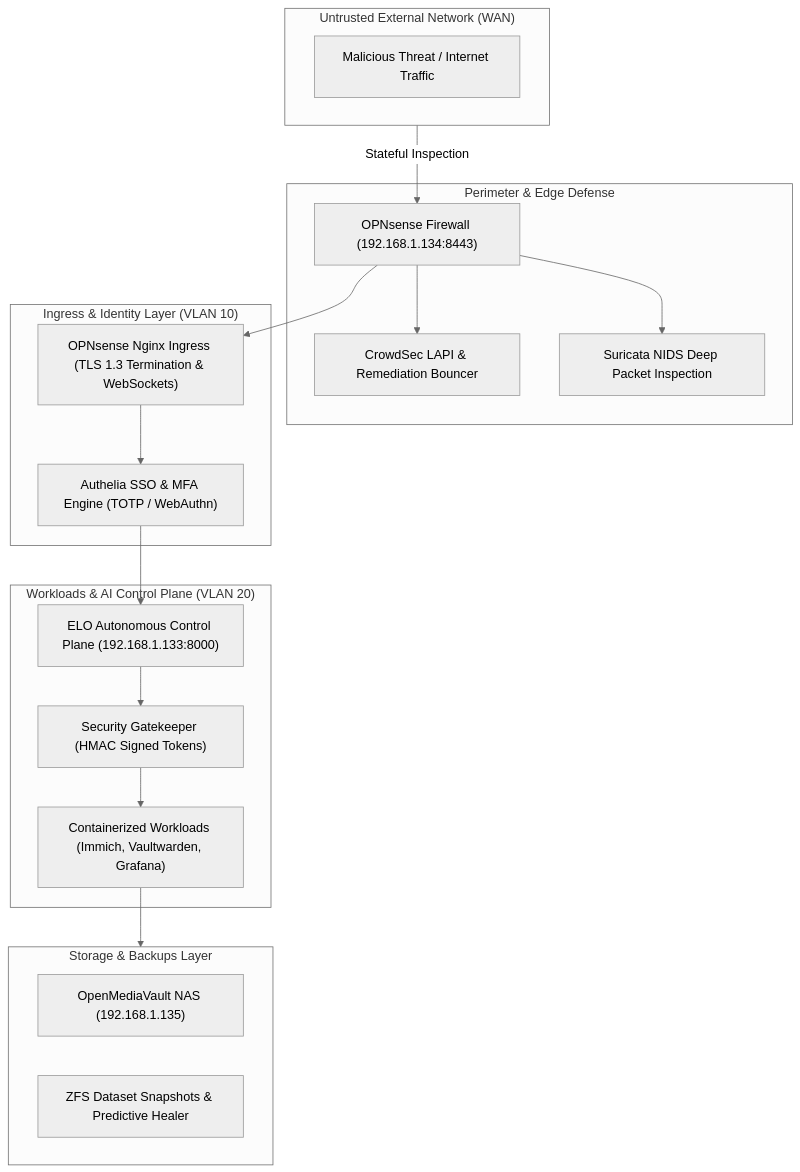
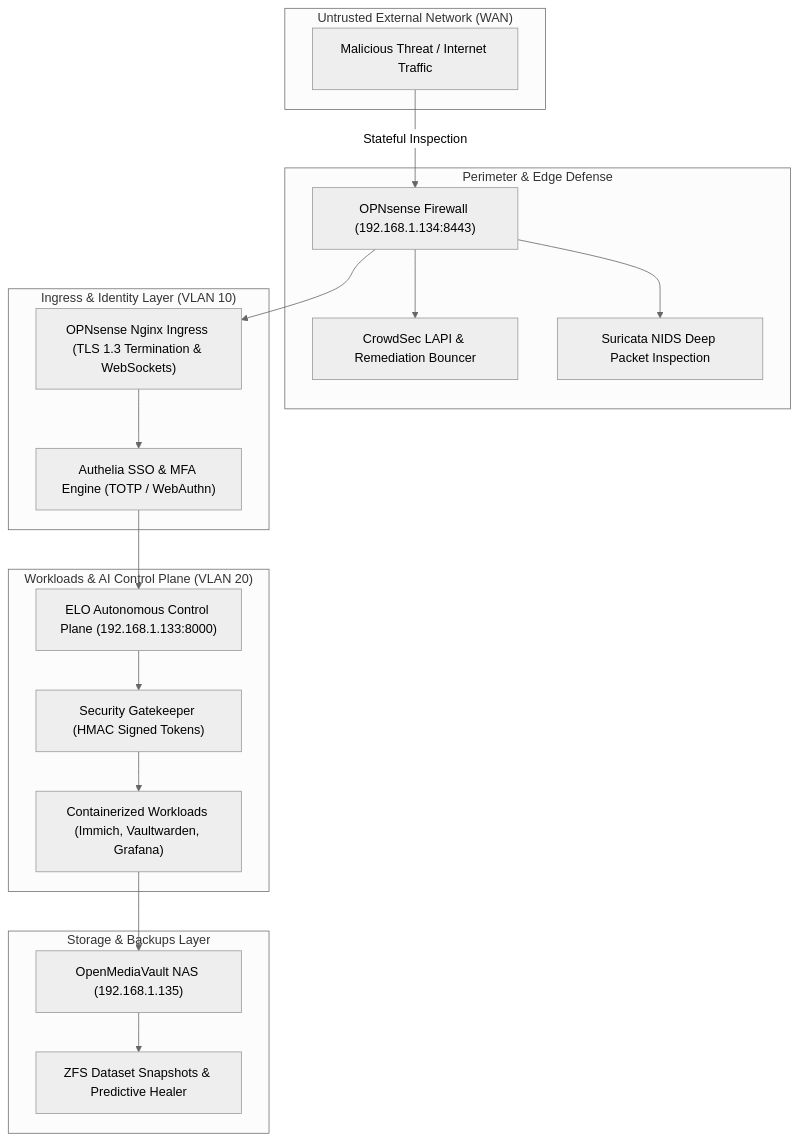
The first of 3 diagrams in SECURITY.md (stefanutc1/datacenter), drawn with Mermaid (neutral theme) before and after one commit. The commit also changed other lines of this file and 6 other files, not shown here.

First line of the commit message:
fix(docs): repair broken Mermaid diagram syntax across markdown files

````diff
--- a/SECURITY.md
+++ b/SECURITY.md
@@ -24,38 +24,39 @@
 ```mermaid
-graph TD
+flowchart TD
     subgraph WAN["Untrusted External Network (WAN)"]
         Attacker["Malicious Threat / Internet Traffic"]
     end
 
     subgraph EDGE["Perimeter & Edge Defense"]
         OPNsense["OPNsense Firewall (192.168.1.134:8443)"]
         CrowdSec["CrowdSec LAPI & Remediation Bouncer"]
         Suricata["Suricata NIDS Deep Packet Inspection"]
     end
 
     subgraph CORE["Ingress & Identity Layer (VLAN 10)"]
         NPM["OPNsense Nginx Ingress (TLS 1.3 Termination & WebSockets)"]
         Authelia["Authelia SSO & MFA Engine (TOTP / WebAuthn)"]
     end
 
     subgraph APP["Workloads & AI Control Plane (VLAN 20)"]
         ELO["ELO Autonomous Control Plane (192.168.1.133:8000)"]
         Gatekeeper["Security Gatekeeper (HMAC Signed Tokens)"]
         Services["Containerized Workloads (Immich, Vaultwarden, Grafana)"]
     end
 
     subgraph STORAGE["Storage & Backups Layer"]
         OMV["OpenMediaVault NAS (192.168.1.135)"]
         ZFS["ZFS Dataset Snapshots & Predictive Healer"]
     end
 
-    WAN -->|"Stateful Inspection"| OPNsense
+    Attacker -->|"Stateful Inspection"| OPNsense
     OPNsense --> CrowdSec
     OPNsense --> Suricata
     OPNsense --> NPM
     NPM --> Authelia
     Authelia --> ELO
     ELO --> Gatekeeper
     Gatekeeper --> Services
-    Services --> STORAGE
+    Services --> OMV
+    OMV --> ZFS
 ```
````
